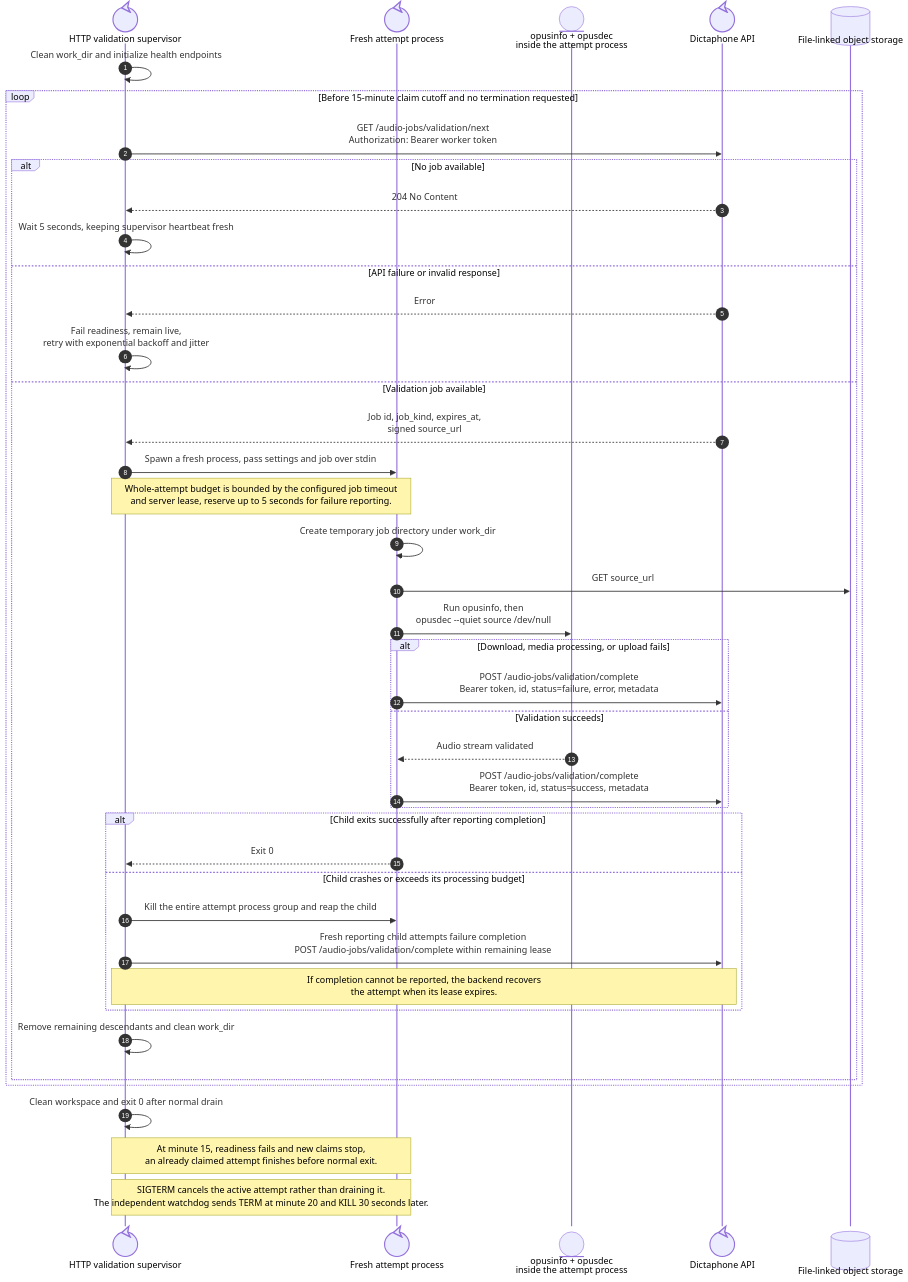
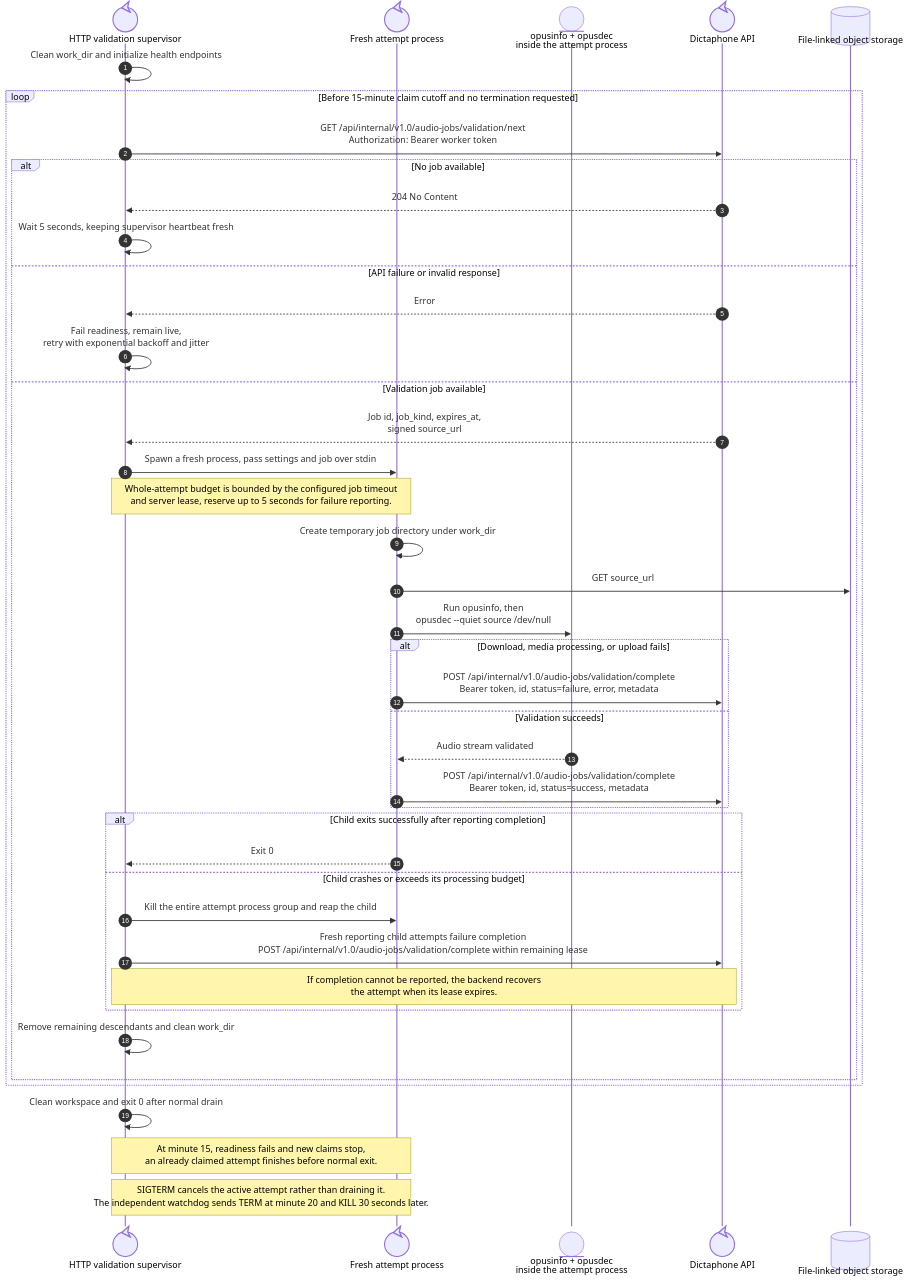
One commit to suitenumerique/dictaphone changed the diagram in docs/diagrams/audio-validation-worker-sequence.mmd. Above: the diagram before and after it, drawn with Mermaid. The commit also changed 15 other files, not shown here.

First line of the commit message:
✨(audio-extraction) prefix routes with /api/internal/v1.0

```diff
--- a/docs/diagrams/audio-validation-worker-sequence.mmd
+++ b/docs/diagrams/audio-validation-worker-sequence.mmd
@@ -1,44 +1,44 @@
 sequenceDiagram
     autonumber
     participant Worker@{ "type": "control" } as HTTP validation supervisor
     participant Child@{ "type": "control" } as Fresh attempt process
     participant Validators@{ "type": "entity" } as opusinfo + opusdec<br/>inside the attempt process
     participant API@{ "type": "control" } as Dictaphone API
     participant FileStore@{ "type": "database" } as File-linked object storage
 
     Worker->>Worker: Clean work_dir and initialize health endpoints
     loop Before 15-minute claim cutoff and no termination requested
-        Worker->>API: GET /audio-jobs/validation/next<br/>Authorization: Bearer worker token
+        Worker->>API: GET /api/internal/v1.0/audio-jobs/validation/next<br/>Authorization: Bearer worker token
         alt No job available
             API-->>Worker: 204 No Content
             Worker->>Worker: Wait 5 seconds, keeping supervisor heartbeat fresh
         else API failure or invalid response
             API-->>Worker: Error
             Worker->>Worker: Fail readiness, remain live,<br/>retry with exponential backoff and jitter
         else Validation job available
             API-->>Worker: Job id, job_kind, expires_at,<br/>signed source_url
             Worker->>Child: Spawn a fresh process, pass settings and job over stdin
             Note over Worker,Child: Whole-attempt budget is bounded by the configured job timeout<br/>and server lease, reserve up to 5 seconds for failure reporting.
             Child->>Child: Create temporary job directory under work_dir
             Child->>FileStore: GET source_url
             Child->>Validators: Run opusinfo, then<br/>opusdec --quiet source /dev/null
             alt Download, media processing, or upload fails
-                Child->>API: POST /audio-jobs/validation/complete<br/>Bearer token, id, status=failure, error, metadata
+                Child->>API: POST /api/internal/v1.0/audio-jobs/validation/complete<br/>Bearer token, id, status=failure, error, metadata
             else Validation succeeds
                 Validators-->>Child: Audio stream validated
-                Child->>API: POST /audio-jobs/validation/complete<br/>Bearer token, id, status=success, metadata
+                Child->>API: POST /api/internal/v1.0/audio-jobs/validation/complete<br/>Bearer token, id, status=success, metadata
             end
             alt Child exits successfully after reporting completion
                 Child-->>Worker: Exit 0
             else Child crashes or exceeds its processing budget
                 Worker->>Child: Kill the entire attempt process group and reap the child
-                Worker->>API: Fresh reporting child attempts failure completion<br/>POST /audio-jobs/validation/complete within remaining lease
+                Worker->>API: Fresh reporting child attempts failure completion<br/>POST /api/internal/v1.0/audio-jobs/validation/complete within remaining lease
                 Note over Worker,API: If completion cannot be reported, the backend recovers<br/>the attempt when its lease expires.
             end
             Worker->>Worker: Remove remaining descendants and clean work_dir
         end
     end
     Worker->>Worker: Clean workspace and exit 0 after normal drain
 
     Note over Worker,Child: At minute 15, readiness fails and new claims stop,<br/>an already claimed attempt finishes before normal exit.
     Note over Worker,Child: SIGTERM cancels the active attempt rather than draining it.<br/>The independent watchdog sends TERM at minute 20 and KILL 30 seconds later.
```
